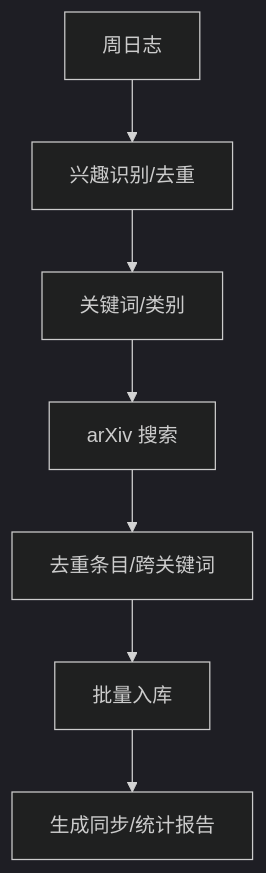
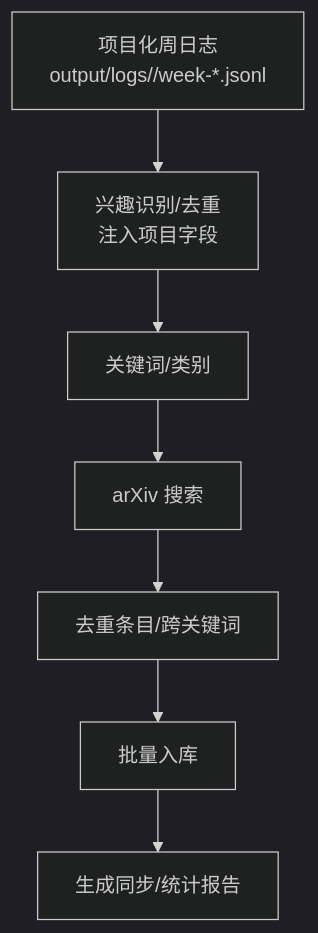
Before and after one commit to 1173591564/academic-based-qoder: the eighth of 9 diagrams in .qoder/repowiki/zh/content/Python后端系统/研究循环引擎.md, drawn with Mermaid (dark theme). The commit also changed other lines of this file and 68 other files, not shown here.

````diff
--- a/.qoder/repowiki/zh/content/Python后端系统/研究循环引擎.md
+++ b/.qoder/repowiki/zh/content/Python后端系统/研究循环引擎.md
@@ -352,9 +377,9 @@
 ```mermaid
 flowchart TD
-Log["周日志"] --> IR["兴趣识别/去重"]
+Log["项目化周日志<br/>output/logs/<project>/week-*.jsonl"] --> IR["兴趣识别/去重<br/>注入项目字段"]
 IR --> KW["关键词/类别"]
 KW --> Search["arXiv 搜索"]
 Search --> Dedup["去重条目/跨关键词"]
 Dedup --> Ingest["批量入库"]
 Ingest --> Report["生成同步/统计报告"]
 ```
````
